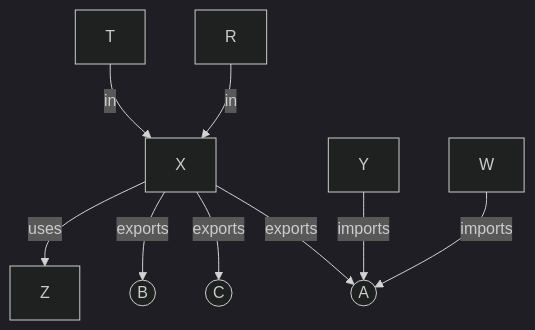
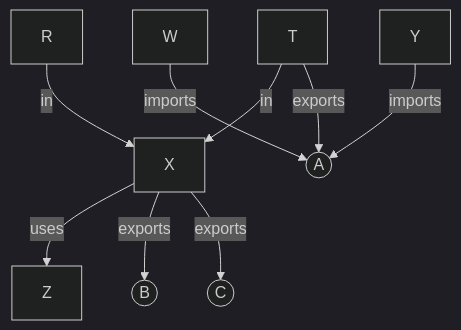
One commit to maglocvnus/data changed the diagram in m/modularisation.md. Above: the diagram before and after it, drawn with Mermaid (dark theme).

Commit message:
Change export from 'x' to 't' in modularisation.md

````diff
--- a/m/modularisation.md
+++ b/m/modularisation.md
@@ -13,21 +13,21 @@
 ```mermaid
 graph TD
   r[R]
   t[T]
   x[X]
   y[Y]
   z[Z]
   w[W]
   a((A))
   b((B))
   c((C))
   r -- in --> x
   t -- in --> x
   x -- uses --> z
   w -- imports --> a
   y -- imports --> a
-  x -- exports --> a
+  t -- exports --> a
   x -- exports --> b
   x -- exports --> c
 
 ```
````
